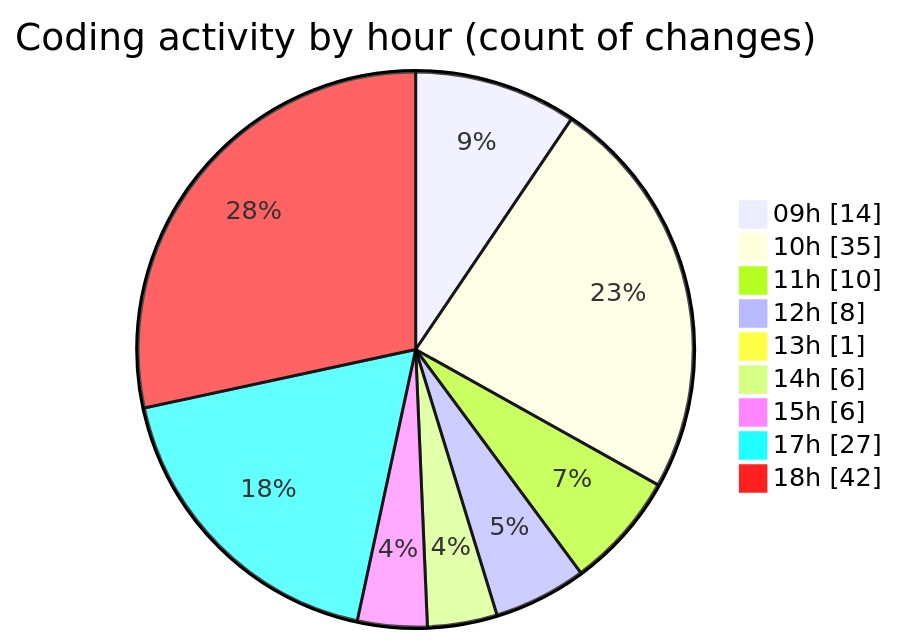
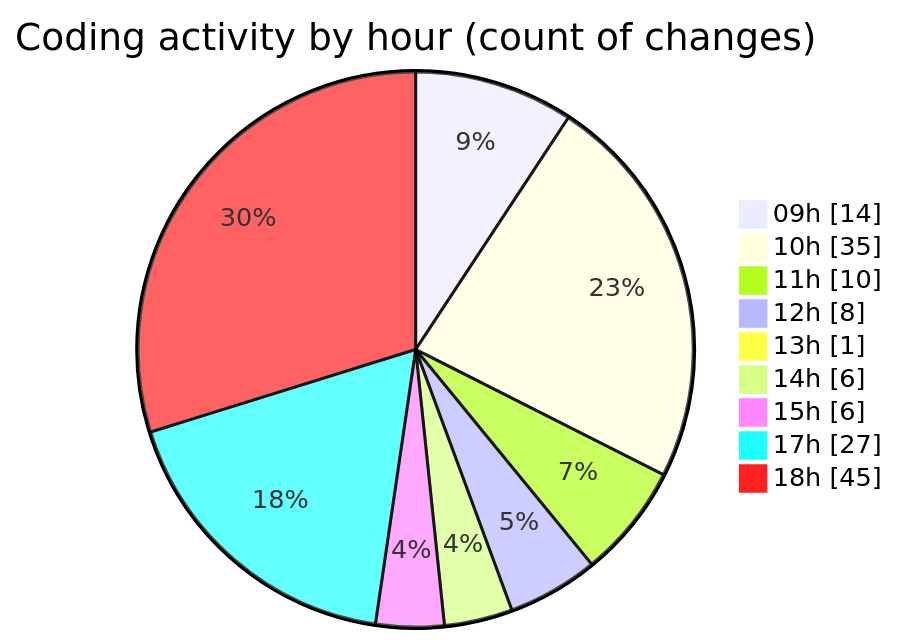
Before and after one commit to momahboobian/code-tracking: the second of 2 diagrams in 2025-11-10/cda/README.md, drawn with Mermaid. The commit also changed other lines of this file and 1 other file, not shown here.

````diff
--- a/2025-11-10/cda/README.md
+++ b/2025-11-10/cda/README.md
@@ -61,13 +61,13 @@
 ```mermaid
 pie showData
 title Coding activity by hour (count of changes)
 "09h" : 14
 "10h" : 35
 "11h" : 10
 "12h" : 8
 "13h" : 1
 "14h" : 6
 "15h" : 6
 "17h" : 27
-"18h" : 42
+"18h" : 45
 ```
````
